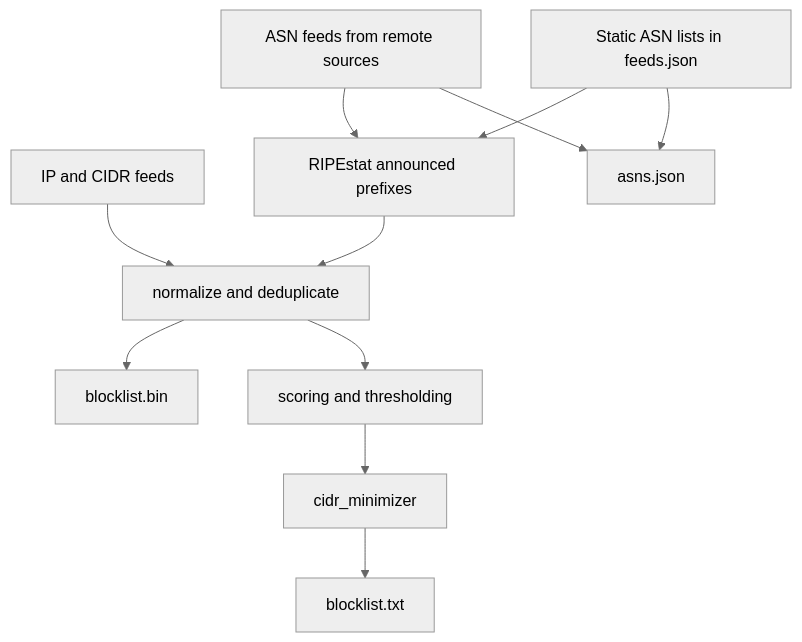
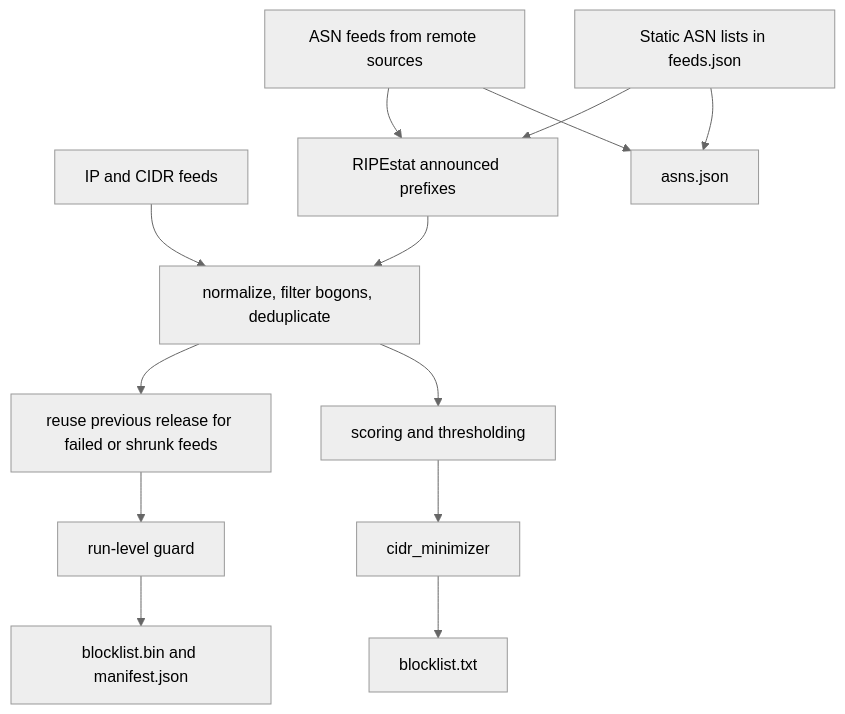
Before and after one commit to silviucpp/IPBlocklist: the second of 2 diagrams in README.md, drawn with Mermaid (neutral theme). The commit also changed other lines of this file, not shown here.

````diff
--- a/README.md
+++ b/README.md
@@ -76,13 +54,15 @@
 ```mermaid
 flowchart TD
-    A[IP and CIDR feeds] --> D[normalize and deduplicate]
+    A[IP and CIDR feeds] --> D[normalize, filter bogons, deduplicate]
     B[ASN feeds from remote sources] --> C[RIPEstat announced prefixes]
     S[Static ASN lists in feeds.json] --> C
     C --> D
     S --> J[asns.json]
     B --> J
-    D --> E[blocklist.bin]
+    D --> R[reuse previous release for failed or shrunk feeds]
+    R --> V[run-level guard]
+    V --> E[blocklist.bin and manifest.json]
     D --> F[scoring and thresholding]
     F --> G[cidr_minimizer]
     G --> H[blocklist.txt]
 ```
````
